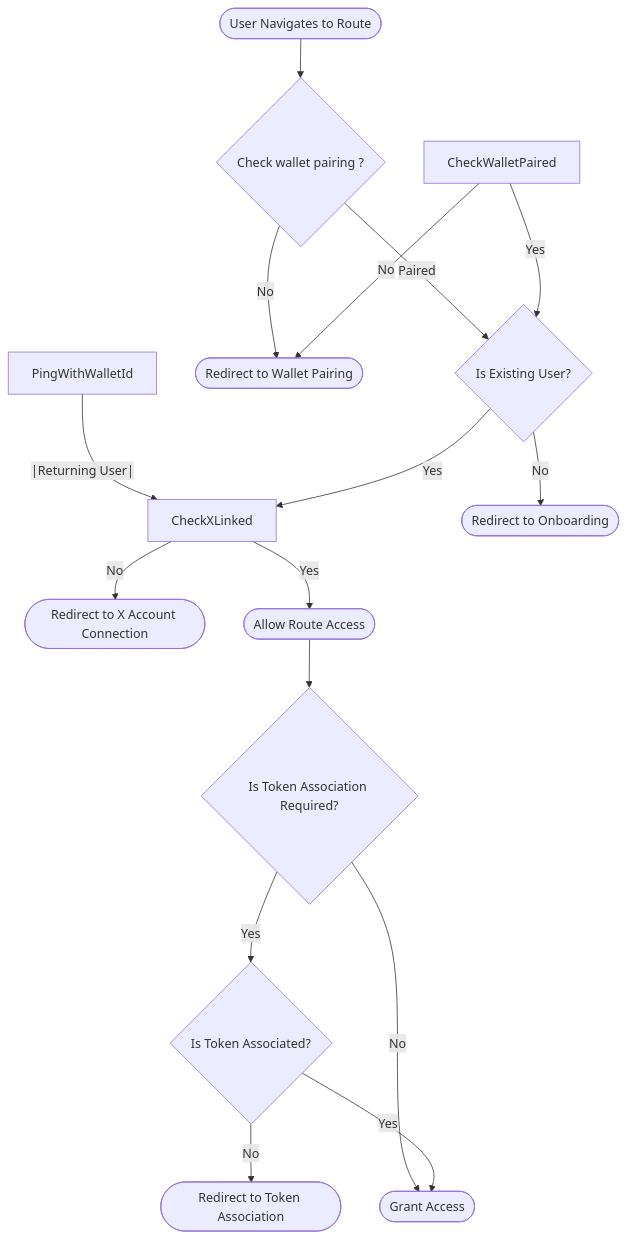
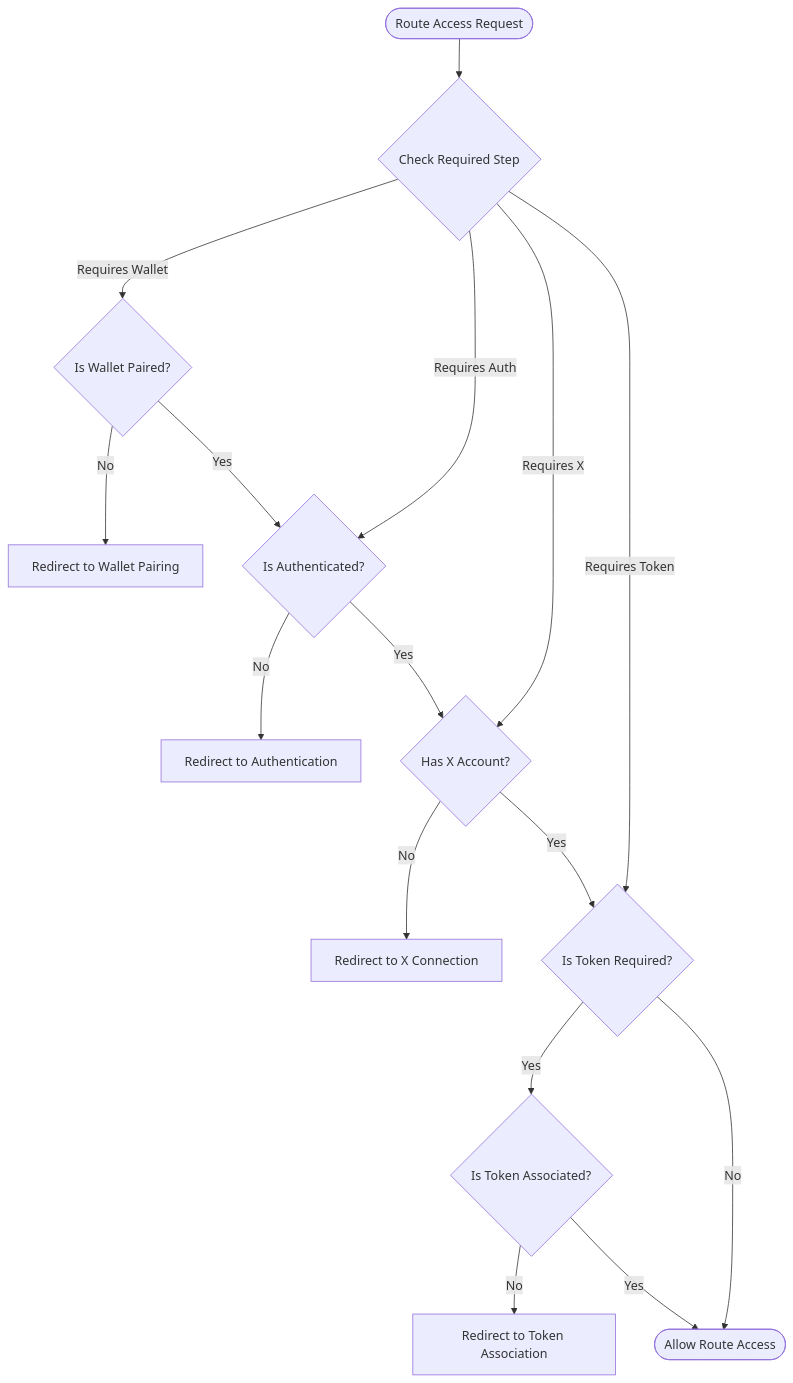
Before and after one commit to ashh20x/hashbuzz-unified: the second of 3 diagrams in src/Ver2Designs/Pages/AuthAndOnboard/AuthFlow.md, drawn with Mermaid. The commit also changed other lines of this file, not shown here.

Commit message:
feat: enhance authentication flow with detailed steps and error handling

````diff
--- a/src/Ver2Designs/Pages/AuthAndOnboard/AuthFlow.md
+++ b/src/Ver2Designs/Pages/AuthAndOnboard/AuthFlow.md
@@ -46,26 +71,35 @@
 ```mermaid
 flowchart TD
-    RouteAccess([User Navigates to Route]) --> CheckWalletPairing{Check wallet pairing ?}
+    Start([Route Access Request]) --> RequiredStep{Check Required Step}
 
-    CheckWalletPairing -- Paired --> CheckUserExistence{Ping all call with wallet?}
-    CheckWalletPairing -- No --> RedirectWalletPairing([Redirect to Wallet Pairing])
+    %% Step 1: Wallet Check
+    RequiredStep -->|Requires Wallet| WalletCheck{Is Wallet Paired?}
+    WalletCheck -->|No| Redirect1[Redirect to Wallet Pairing]
+    WalletCheck -->|Yes| AuthCheck
 
-    PingWithWalletId -- |Returning User| --> CheckXLinked
+    %% Step 2: Authentication Check
+    RequiredStep -->|Requires Auth| AuthCheck{Is Authenticated?}
+    AuthCheck -->|No| Redirect2[Redirect to Authentication]
+    AuthCheck -->|Yes| XCheck
 
-    CheckWalletPaired -- No --> RedirectWalletPairing([Redirect to Wallet Pairing])
-    CheckWalletPaired -- Yes --> CheckUserExistence{Is Existing User?}
+    %% Step 3: X Account Check
+    RequiredStep -->|Requires X| XCheck{Has X Account?}
+    XCheck -->|No| Redirect3[Redirect to X Connection]
+    XCheck -->|Yes| TokenCheck
 
-    CheckUserExistence -- No --> RedirectOnboarding([Redirect to Onboarding])
-    CheckUserExistence -- Yes --> CheckXLinked
+    %% Step 4: Token Check
+    RequiredStep -->|Requires Token| TokenCheck{Is Token Required?}
+    TokenCheck -->|Yes| TokenAssocCheck{Is Token Associated?}
+    TokenCheck -->|No| AllowAccess
 
-    CheckXLinked -- No --> RedirectXConnect([Redirect to X Account Connection])
-    CheckXLinked -- Yes --> AllowAccess([Allow Route Access])
+    TokenAssocCheck -->|No| Redirect4[Redirect to Token Association]
+    TokenAssocCheck -->|Yes| AllowAccess
 
-    %% Token Association Guard
-    AllowAccess --> CheckTokenAssociation{Is Token Association Required?}
-    CheckTokenAssociation -- Yes --> CheckTokenAssociated{Is Token Associated?}
-    CheckTokenAssociation -- No --> GrantAccess([Grant Access])
+    %% Final Access
+    AllowAccess([Allow Route Access])
 
-    CheckTokenAssociated -- No --> RedirectTokenAssociation([Redirect to Token Association])
-    CheckTokenAssociated -- Yes --> GrantAccess
+
+    class Redirect1,Redirect2,Redirect3,Redirect4 redirect
+    class WalletCheck,AuthCheck,XCheck,TokenCheck,TokenAssocCheck check
+    class AllowAccess access
 ```
````
